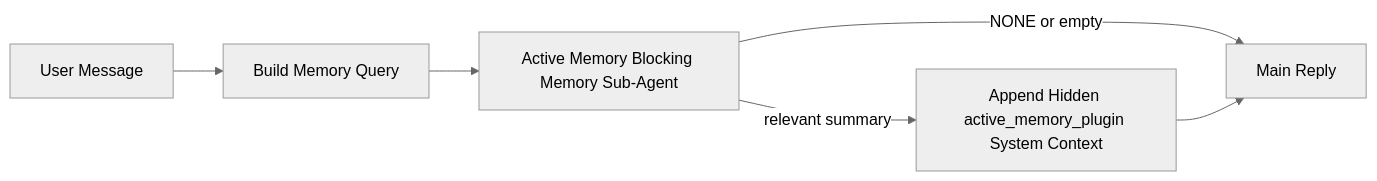
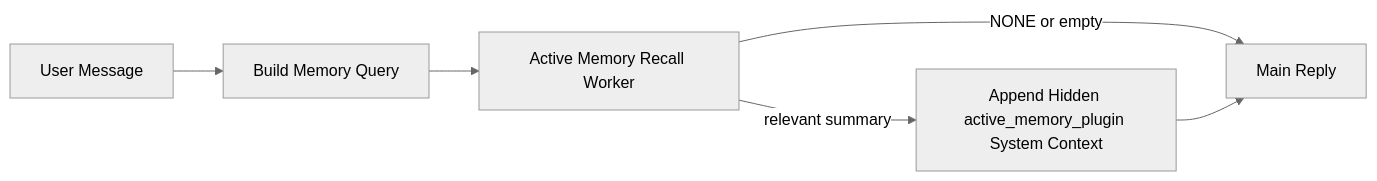
The diagram in docs/concepts/active-memory.md (chiragborse1/KovaLab), drawn with Mermaid (neutral theme) before and after one commit. The commit also changed other lines of this file and 5 other files, not shown here.

Commit message:
feat: make active memory cache first

````diff
--- a/docs/concepts/active-memory.md
+++ b/docs/concepts/active-memory.md
@@ -298,8 +307,8 @@
 ```mermaid
 flowchart LR
   U["User Message"] --> Q["Build Memory Query"]
-  Q --> R["Active Memory Blocking Memory Sub-Agent"]
+  Q --> R["Active Memory Recall Worker"]
   R -->|NONE or empty| M["Main Reply"]
   R -->|relevant summary| I["Append Hidden active_memory_plugin System Context"]
   I --> M["Main Reply"]
 ```
````
